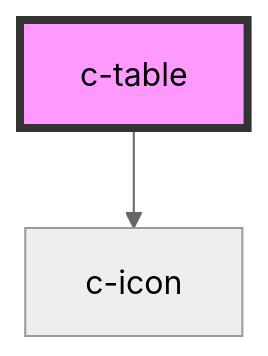
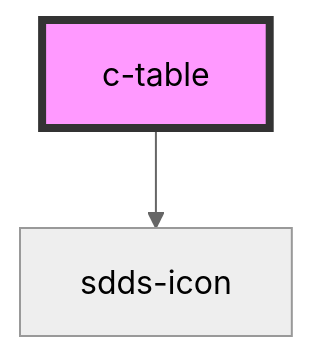
One commit to scania-digital-design-system/sdds changed the diagram in components/src/components/table/readme.md. Above: the diagram before and after it, drawn with Mermaid (neutral theme). The commit also changed other lines of this file and 14 other files, not shown here.

First line of the commit message:
Replace c-icon with sdds-icon

````diff
--- a/components/src/components/table/readme.md
+++ b/components/src/components/table/readme.md
@@ -38,5 +38,5 @@
 ```mermaid
 graph TD;
-  c-table --> c-icon
+  c-table --> sdds-icon
   style c-table fill:#f9f,stroke:#333,stroke-width:4px
 ```
````
